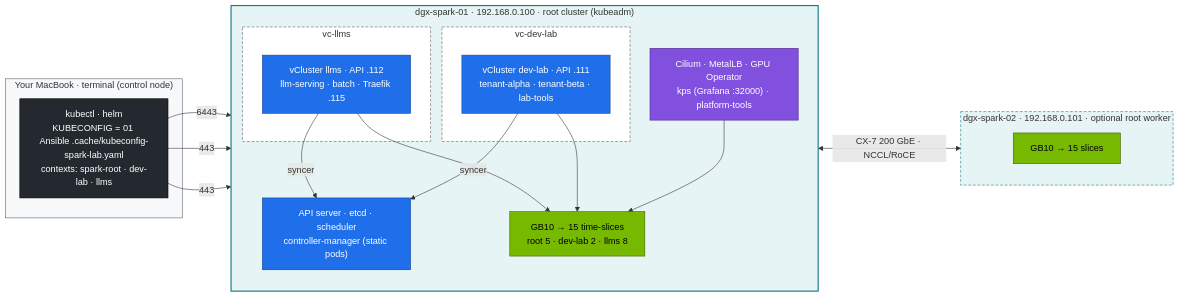
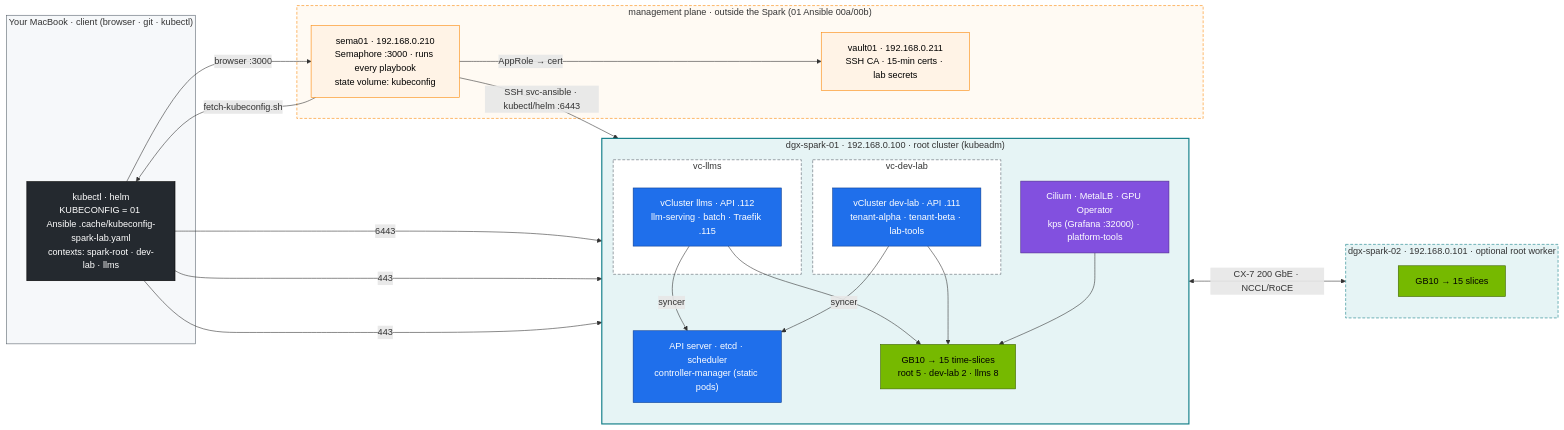
One commit to cloudone365/technical-depth changed the diagram in 02 Kubernetes/lab/README.md. Above: the diagram before and after it, drawn with Mermaid. The commit also changed other lines of this file and 37 other files, not shown here.

First line of the commit message:
Docs: Semaphore + vault01 management plane, dgx-spark-01 as a target

````diff
--- a/02 Kubernetes/lab/README.md
+++ b/02 Kubernetes/lab/README.md
@@ -63,42 +65,53 @@
 ```mermaid
 flowchart LR
-  subgraph CTL["Your MacBook · terminal (control node)"]
+  subgraph CTL["Your MacBook · client (browser · git · kubectl)"]
     K["kubectl · helm<br/>KUBECONFIG = 01 Ansible .cache/kubeconfig-spark-lab.yaml<br/>contexts: spark-root · dev-lab · llms"]
+  end
+  subgraph MGMT["management plane · outside the Spark (01 Ansible 00a/00b)"]
+    SEMA["sema01 · 192.168.0.210<br/>Semaphore :3000 · runs every playbook<br/>state volume: kubeconfig"]
+    VLT["vault01 · 192.168.0.211<br/>SSH CA · 15-min certs · lab secrets"]
   end
   subgraph S1["dgx-spark-01 · 192.168.0.100 · root cluster (kubeadm)"]
     direction TB
     CP["API server · etcd · scheduler<br/>controller-manager (static pods)"]
     PL["Cilium · MetalLB · GPU Operator<br/>kps (Grafana :32000) · platform-tools"]
     subgraph VD["vc-dev-lab"]
       DV["vCluster dev-lab · API .111<br/>tenant-alpha · tenant-beta · lab-tools"]
     end
     subgraph VL["vc-llms"]
       LV["vCluster llms · API .112<br/>llm-serving · batch · Traefik .115"]
     end
     GPU["GB10 → 15 time-slices<br/>root 5 · dev-lab 2 · llms 8"]
   end
   subgraph S2["dgx-spark-02 · 192.168.0.101 · optional root worker"]
     G2["GB10 → 15 slices"]
   end
+  K -->|"browser :3000"| SEMA
+  SEMA -->|"fetch-kubeconfig.sh"| K
+  SEMA -->|"AppRole → cert"| VLT
+  SEMA -->|"SSH svc-ansible · kubectl/helm :6443"| S1
   K -->|6443| CP
   K -->|443| DV
   K -->|443| LV
   DV & LV -->|syncer| CP
   PL --> GPU
   DV & LV --> GPU
   S1 <-->|"CX-7 200 GbE · NCCL/RoCE"| S2
   classDef ctrl fill:#1f6feb,stroke:#0b3d91,color:#fff
   classDef gpu fill:#76b900,stroke:#3d6000,color:#000
   classDef net fill:#8250df,stroke:#4c2889,color:#fff
   classDef tenant fill:#eaeef2,stroke:#57606a,color:#000
   classDef ext fill:#24292f,stroke:#000,color:#fff
   class CP,DV,LV ctrl
   class GPU,G2 gpu
   class PL net
   class K ext
+  classDef mgmt fill:#fff3e6,stroke:#fb8500,color:#000
+  class SEMA,VLT mgmt
   style S1 fill:#e6f4f5,stroke:#0e7c86,stroke-width:2px
   style S2 fill:#e6f4f5,stroke:#0e7c86,stroke-dasharray:5 3
   style CTL fill:#f6f8fa,stroke:#57606a
+  style MGMT fill:#fffaf3,stroke:#fb8500,stroke-dasharray:5 3
   style VD fill:#ffffff,stroke:#57606a,stroke-dasharray:5 3
   style VL fill:#ffffff,stroke:#57606a,stroke-dasharray:5 3
 ```
````
